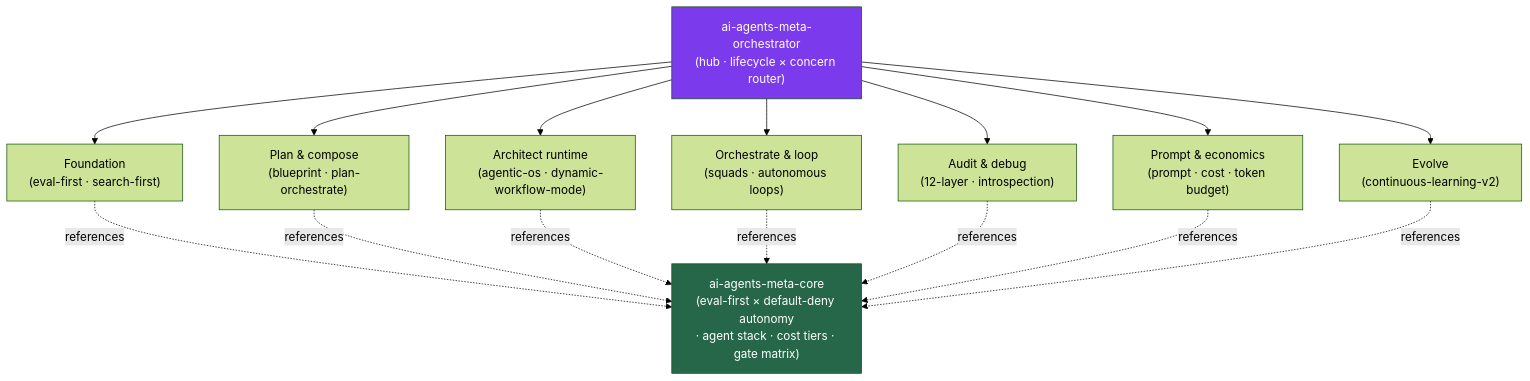
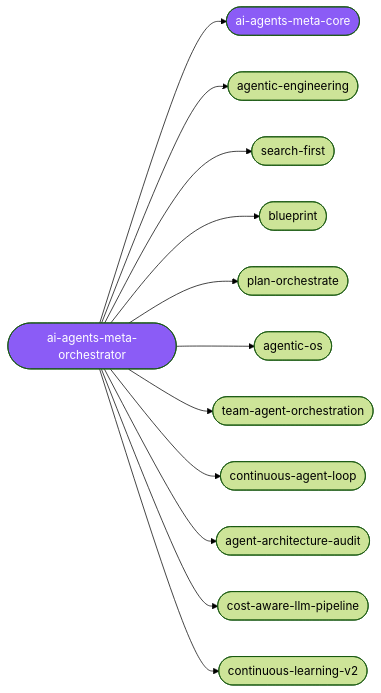
One commit to Sheshiyer/skill-clusters changed the diagram in clusters/ai-agents-meta/README.md. Above: the diagram before and after it, drawn with Mermaid (forest theme). The commit also changed other lines of this file and 44 other files, not shown here.

````diff
--- a/clusters/ai-agents-meta/README.md
+++ b/clusters/ai-agents-meta/README.md
@@ -31,21 +18,15 @@
 ```mermaid
-graph TD
-    O["ai-agents-meta-orchestrator<br/>(hub · lifecycle × concern router)"]
-    O --> FND["Foundation<br/>(eval-first · search-first)"]
-    O --> PLAN["Plan & compose<br/>(blueprint · plan-orchestrate)"]
-    O --> ARCH["Architect runtime<br/>(agentic-os · dynamic-workflow-mode)"]
-    O --> ORCH["Orchestrate & loop<br/>(squads · autonomous loops)"]
-    O --> AUD["Audit & debug<br/>(12-layer · introspection)"]
-    O --> ECON["Prompt & economics<br/>(prompt · cost · token budget)"]
-    O --> EVO["Evolve<br/>(continuous-learning-v2)"]
-    FND -. references .-> C["ai-agents-meta-core<br/>(eval-first × default-deny autonomy<br/>· agent stack · cost tiers · gate matrix)"]
-    PLAN -. references .-> C
-    ARCH -. references .-> C
-    ORCH -. references .-> C
-    AUD -. references .-> C
-    ECON -. references .-> C
-    EVO -. references .-> C
-
-    style O fill:#7c3aed,color:#fff
-    style C fill:#276749,color:#fff
+graph LR
+  o([ai-agents-meta-orchestrator]):::hub --> c([ai-agents-meta-core]):::hub
+  o --> s1([agentic-engineering])
+  o --> s2([search-first])
+  o --> s3([blueprint])
+  o --> s4([plan-orchestrate])
+  o --> s5([agentic-os])
+  o --> s6([team-agent-orchestration])
+  o --> s7([continuous-agent-loop])
+  o --> s8([agent-architecture-audit])
+  o --> s9([cost-aware-llm-pipeline])
+  o --> s10([continuous-learning-v2])
+  classDef hub fill:#8b5cf6,color:#fff;
 ```
````
